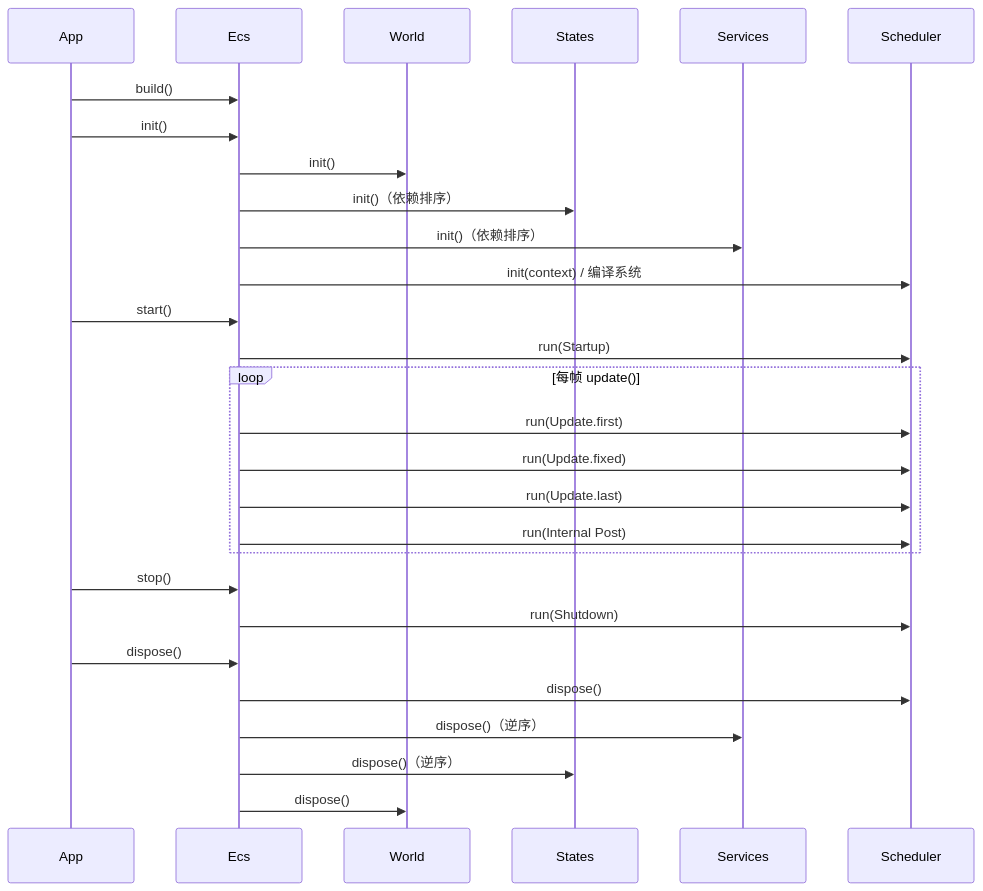
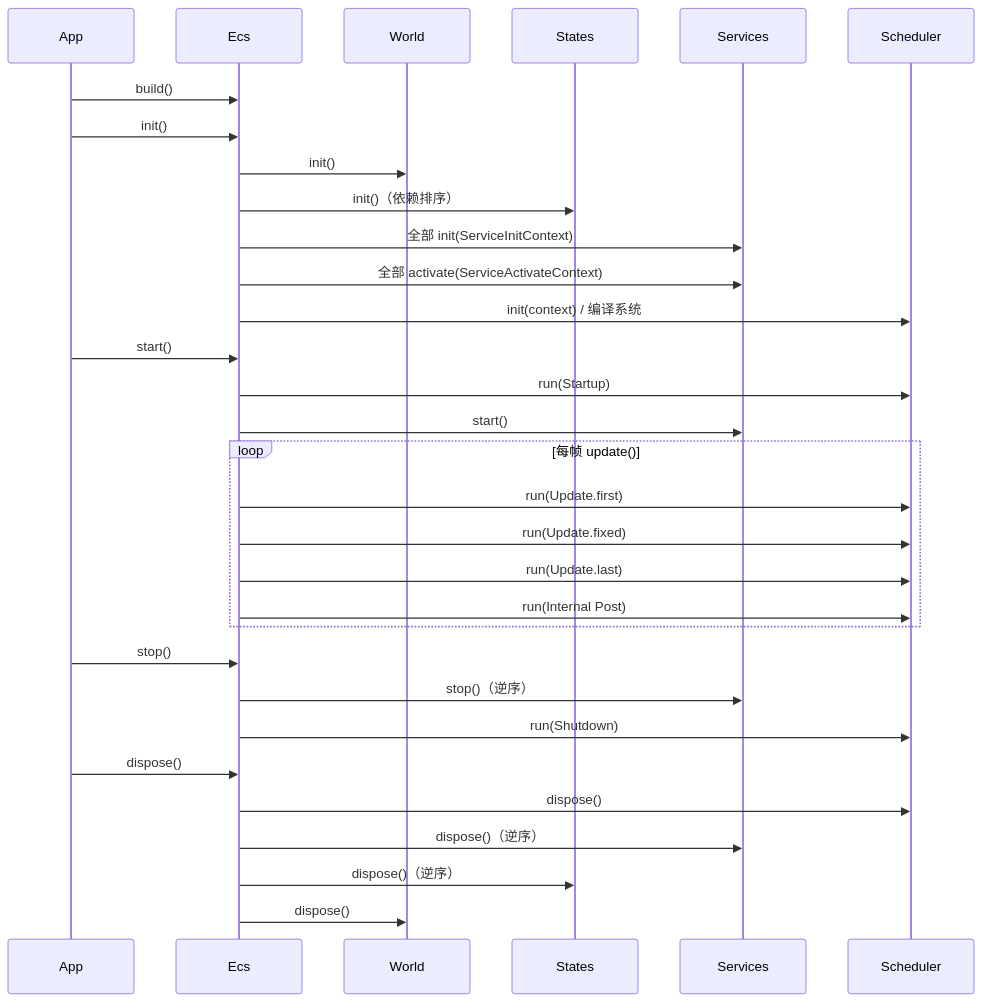
The tenth of 12 diagrams in docs/architecture.md (465089258/zero-ecs), drawn with Mermaid before and after one commit. The commit also changed other lines of this file and 122 other files, not shown here.

````diff
--- a/docs/architecture.md
+++ b/docs/architecture.md
@@ -237,31 +241,34 @@
 ```mermaid
 sequenceDiagram
     participant App
     participant Ecs
     participant World
     participant States
     participant Services
     participant Scheduler
 
     App->>Ecs: build()
     App->>Ecs: init()
     Ecs->>World: init()
     Ecs->>States: init()（依赖排序）
-    Ecs->>Services: init()（依赖排序）
+    Ecs->>Services: 全部 init(ServiceInitContext)
+    Ecs->>Services: 全部 activate(ServiceActivateContext)
     Ecs->>Scheduler: init(context) / 编译系统
     App->>Ecs: start()
     Ecs->>Scheduler: run(Startup)
+    Ecs->>Services: start()
     loop 每帧 update()
         Ecs->>Scheduler: run(Update.first)
         Ecs->>Scheduler: run(Update.fixed)
         Ecs->>Scheduler: run(Update.last)
         Ecs->>Scheduler: run(Internal Post)
     end
     App->>Ecs: stop()
+    Ecs->>Services: stop()（逆序）
     Ecs->>Scheduler: run(Shutdown)
     App->>Ecs: dispose()
     Ecs->>Scheduler: dispose()
     Ecs->>Services: dispose()（逆序）
     Ecs->>States: dispose()（逆序）
     Ecs->>World: dispose()
 ```
````
